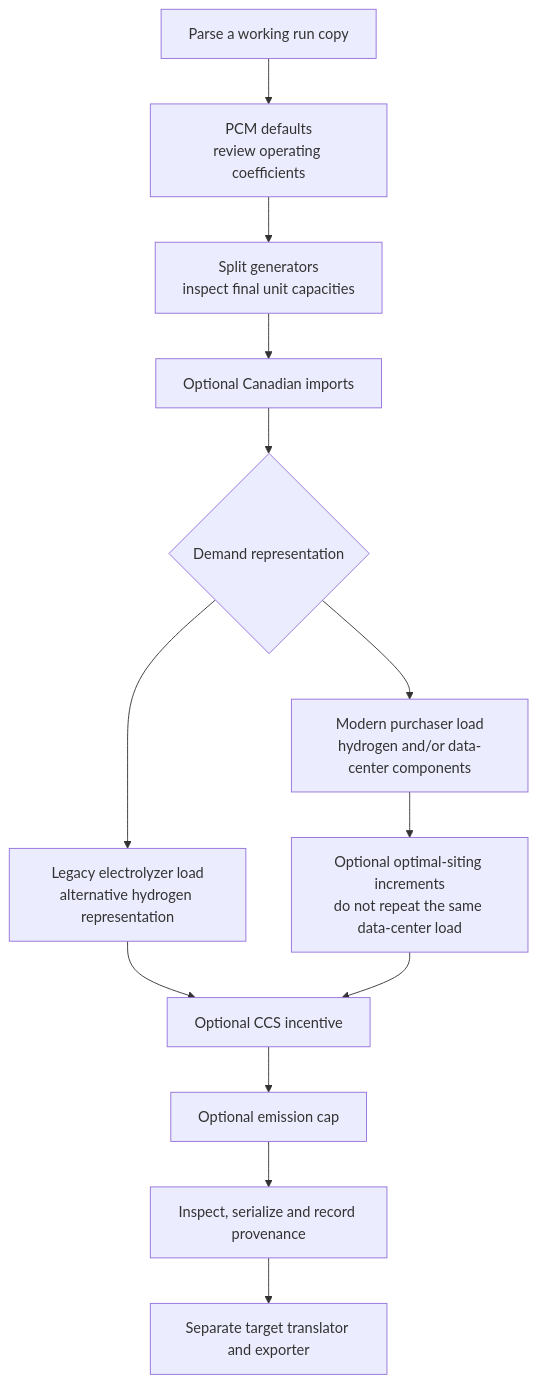
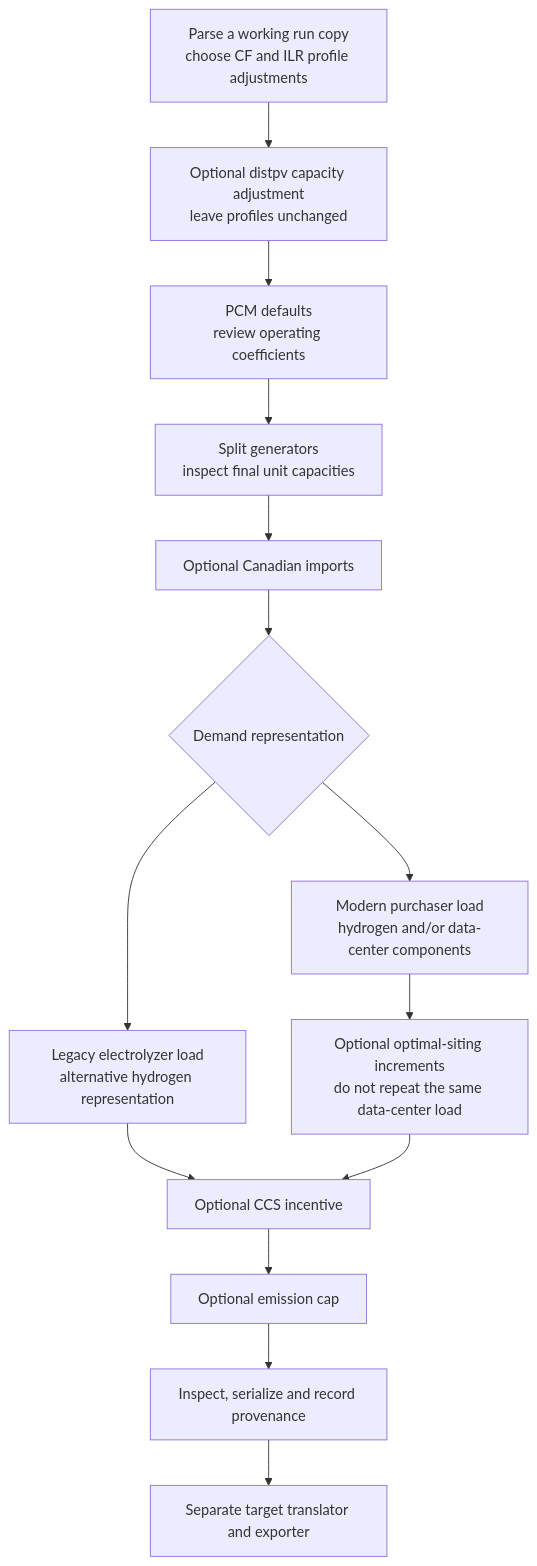
The diagram in docs/src/content/docs/how-to/pcm-handoff.md (NatLabRockies/r2x-reeds), drawn with Mermaid before and after one commit. The commit also changed other lines of this file and 16 other files, not shown here.

First line of the commit message:
feat: scaling wind and solar profiles and capacity to account for vintage adj, ILR, and distpv lack of distribution losses (#136)

````diff
--- a/docs/src/content/docs/how-to/pcm-handoff.md
+++ b/docs/src/content/docs/how-to/pcm-handoff.md
@@ -58,15 +63,16 @@
 ```mermaid
 flowchart TD
-  P["Parse a working run copy"] --> D["PCM defaults<br/>review operating coefficients"]
+  P["Parse a working run copy<br/>choose CF and ILR profile adjustments"] --> A["Optional distpv capacity adjustment<br/>leave profiles unchanged"]
+  A --> D["PCM defaults<br/>review operating coefficients"]
   D --> B["Split generators<br/>inspect final unit capacities"]
   B --> I["Optional Canadian imports"]
   I --> Q{"Demand representation"}
   Q --> H["Modern purchaser load<br/>hydrogen and/or data-center components"]
   Q --> L["Legacy electrolyzer load<br/>alternative hydrogen representation"]
   H --> S["Optional optimal-siting increments<br/>do not repeat the same data-center load"]
   L --> C["Optional CCS incentive"]
   S --> C
   C --> E["Optional emission cap"]
   E --> V["Inspect, serialize and record provenance"]
   V --> T["Separate target translator and exporter"]
 ```
````
